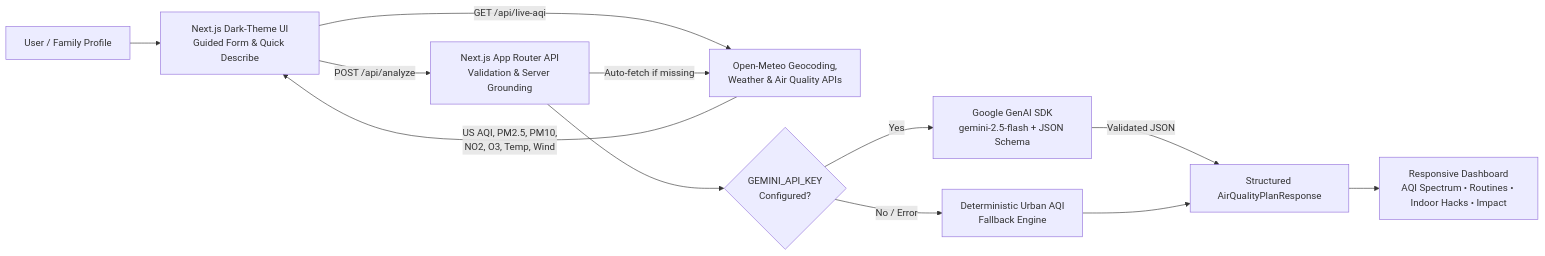
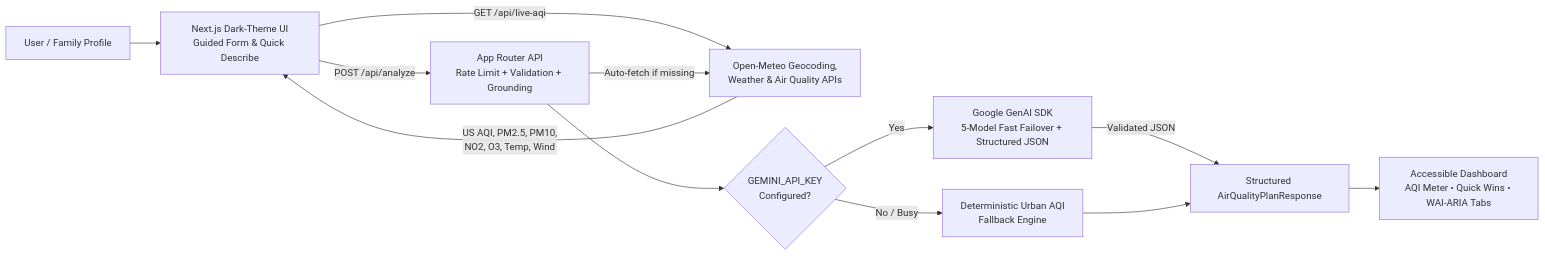
One commit to GHOST-666-boo/urban-air-quality-assistant changed the diagram in README.md. Above: the diagram before and after it, drawn with Mermaid. The commit also changed other lines of this file and 28 other files, not shown here.

````diff
--- a/README.md
+++ b/README.md
@@ -16,14 +20,14 @@
 ```mermaid
 flowchart LR
     U[User / Family Profile] --> UI[Next.js Dark-Theme UI\nGuided Form & Quick Describe]
     UI -->|GET /api/live-aqi| OM[Open-Meteo Geocoding,\nWeather & Air Quality APIs]
     OM -->|US AQI, PM2.5, PM10,\nNO2, O3, Temp, Wind| UI
-    UI -->|POST /api/analyze| API[Next.js App Router API\nValidation & Server Grounding]
+    UI -->|POST /api/analyze| API[App Router API\nRate Limit + Validation + Grounding]
     API -->|Auto-fetch if missing| OM
     API --> G{GEMINI_API_KEY\nConfigured?}
-    G -->|Yes| GEM[Google GenAI SDK\ngemini-2.5-flash + JSON Schema]
-    G -->|No / Error| FB[Deterministic Urban AQI\nFallback Engine]
+    G -->|Yes| GEM[Google GenAI SDK\n5-Model Fast Failover + Structured JSON]
+    G -->|No / Busy| FB[Deterministic Urban AQI\nFallback Engine]
     GEM -->|Validated JSON| RES[Structured AirQualityPlanResponse]
     FB --> RES
-    RES --> DASH[Responsive Dashboard\nAQI Spectrum • Routines • Indoor Hacks • Impact]
+    RES --> DASH[Accessible Dashboard\nAQI Meter • Quick Wins • WAI-ARIA Tabs]
 ```
````
